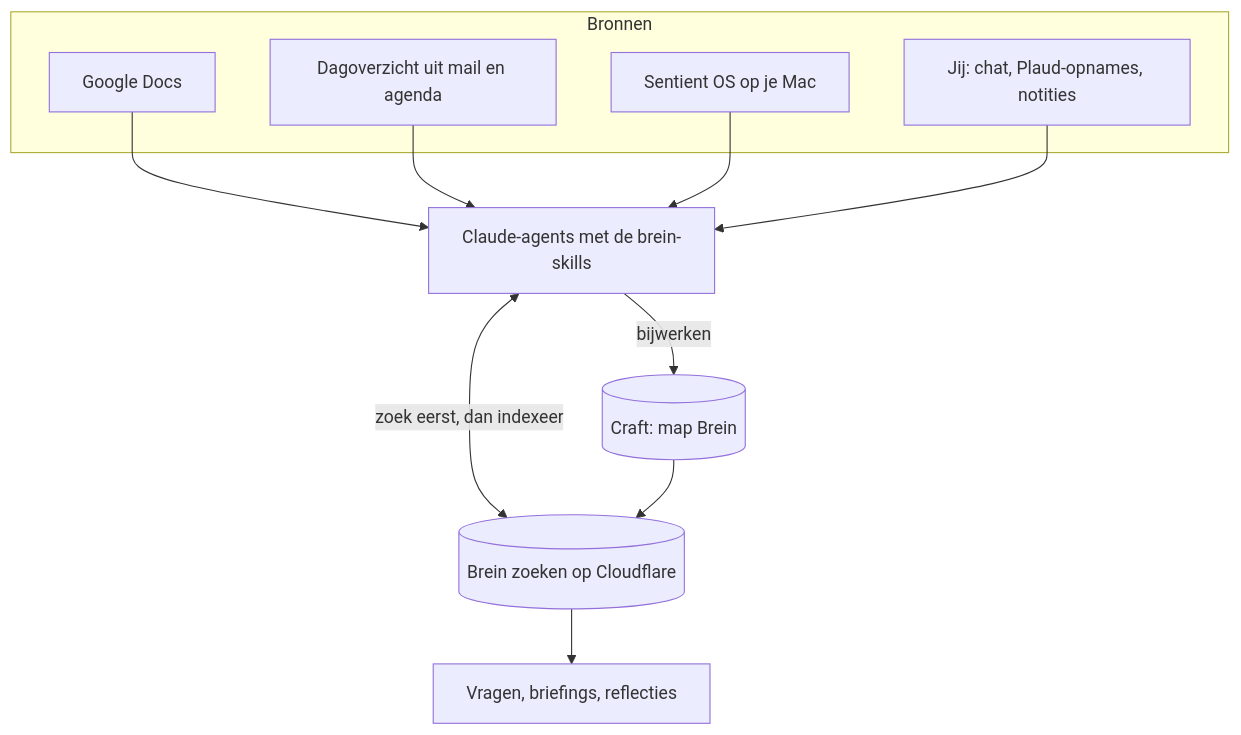
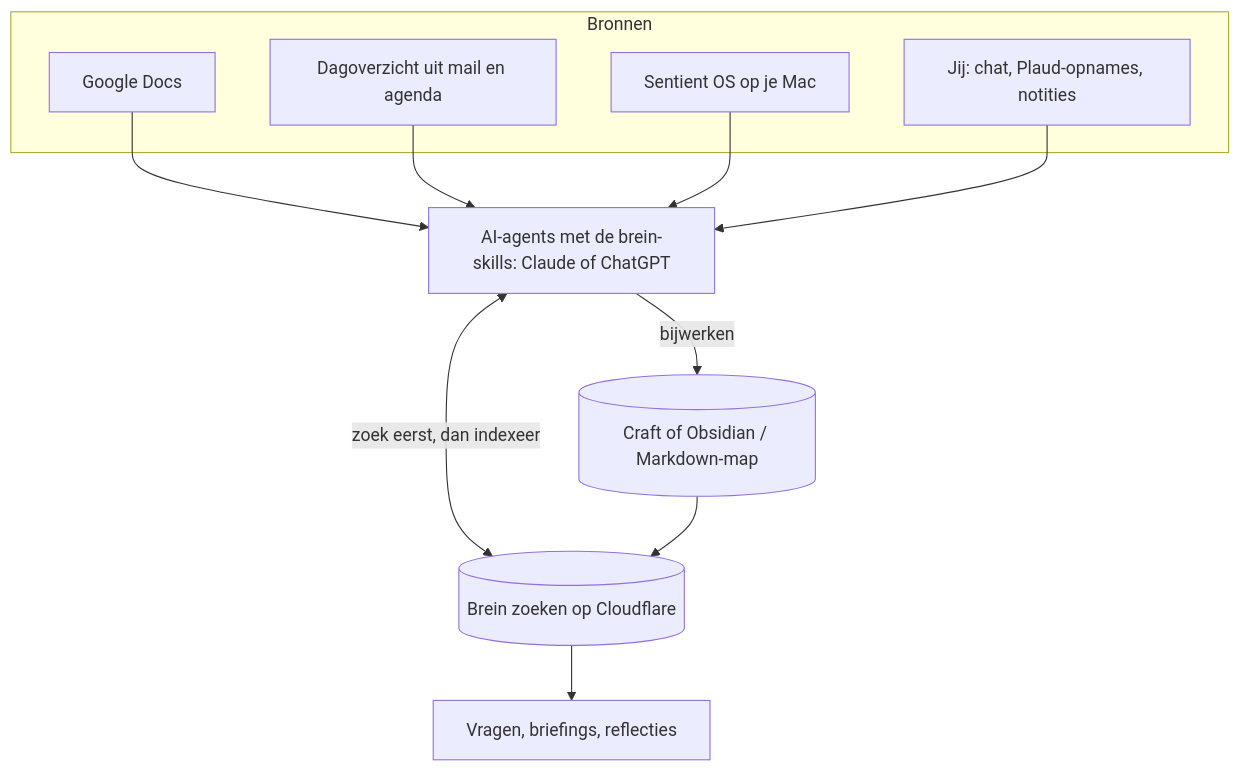
Before and after one commit to ZenMicroSaaS/brein: the diagram in README.md, drawn with Mermaid. The commit also changed other lines of this file and 8 other files, not shown here.

First line of the commit message:
ChatGPT en Obsidian/Markdown als alternatieven

````diff
--- a/README.md
+++ b/README.md
@@ -20,20 +22,20 @@
 ```mermaid
 flowchart TB
   subgraph Bronnen
     D[Google Docs]
     O[Dagoverzicht uit mail en agenda]
     S[Sentient OS op je Mac]
     E[Jij: chat, Plaud-opnames, notities]
   end
-  V[Claude-agents met de brein-skills]
-  C[(Craft: map Brein)]
+  V[AI-agents met de brein-skills: Claude of ChatGPT]
+  C[(Craft of Obsidian / Markdown-map)]
   Z[(Brein zoeken op Cloudflare)]
   D --> V
   O --> V
   S --> V
   E --> V
   V -->|bijwerken| C
   V <-->|zoek eerst, dan indexeer| Z
   C --> Z
   Z --> G[Vragen, briefings, reflecties]
 ```
````
